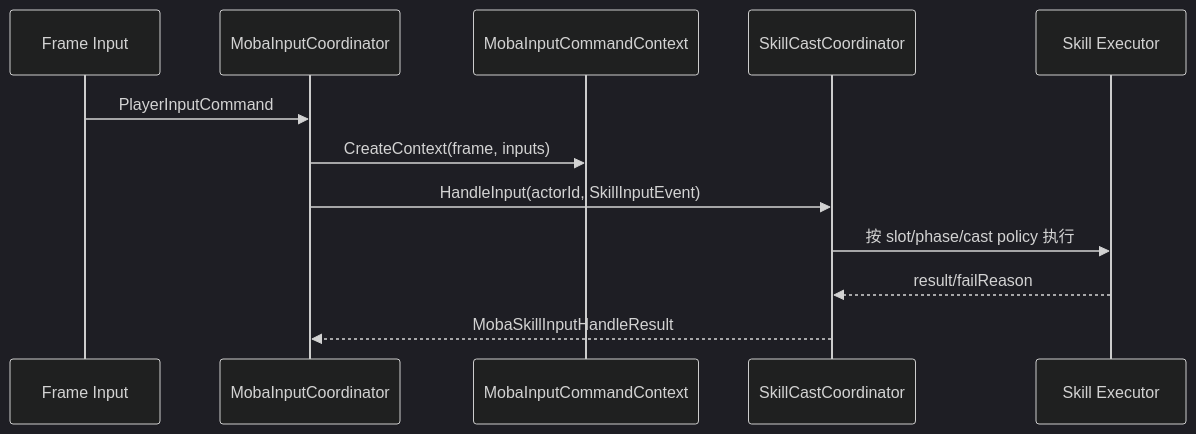
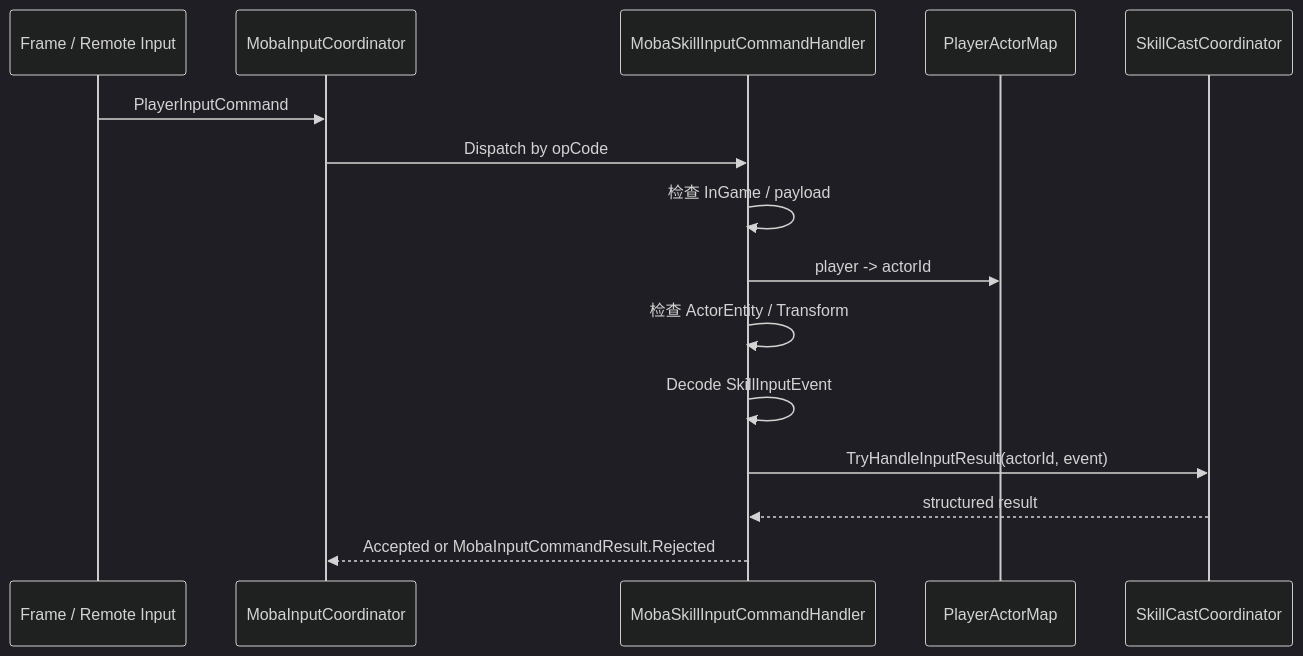
The first of 3 diagrams in Docs/design/09-ImplementationExamples/MOBA/05-SkillExecutionDeepDive.md (Kurumioi/AbilityKit), drawn with Mermaid (dark theme) before and after one commit. The commit also changed other lines of this file and 118 other files, not shown here.

````diff
--- a/Docs/design/09-ImplementationExamples/MOBA/05-SkillExecutionDeepDive.md
+++ b/Docs/design/09-ImplementationExamples/MOBA/05-SkillExecutionDeepDive.md
@@ -29,15 +33,18 @@
 ```mermaid
 sequenceDiagram
-    participant Frame as Frame Input
+    participant Source as Frame / Remote Input
     participant Input as MobaInputCoordinator
-    participant Ctx as MobaInputCommandContext
+    participant Handler as MobaSkillInputCommandHandler
+    participant Map as PlayerActorMap
     participant Skill as SkillCastCoordinator
-    participant Exec as Skill Executor
 
-    Frame->>Input: PlayerInputCommand
-    Input->>Ctx: CreateContext(frame, inputs)
-    Input->>Skill: HandleInput(actorId, SkillInputEvent)
-    Skill->>Exec: 按 slot/phase/cast policy 执行
-    Exec-->>Skill: result/failReason
-    Skill-->>Input: MobaSkillInputHandleResult
+    Source->>Input: PlayerInputCommand
+    Input->>Handler: Dispatch by opCode
+    Handler->>Handler: 检查 InGame / payload
+    Handler->>Map: player -> actorId
+    Handler->>Handler: 检查 ActorEntity / Transform
+    Handler->>Handler: Decode SkillInputEvent
+    Handler->>Skill: TryHandleInputResult(actorId, event)
+    Skill-->>Handler: structured result
+    Handler-->>Input: Accepted or MobaInputCommandResult.Rejected
 ```
````
